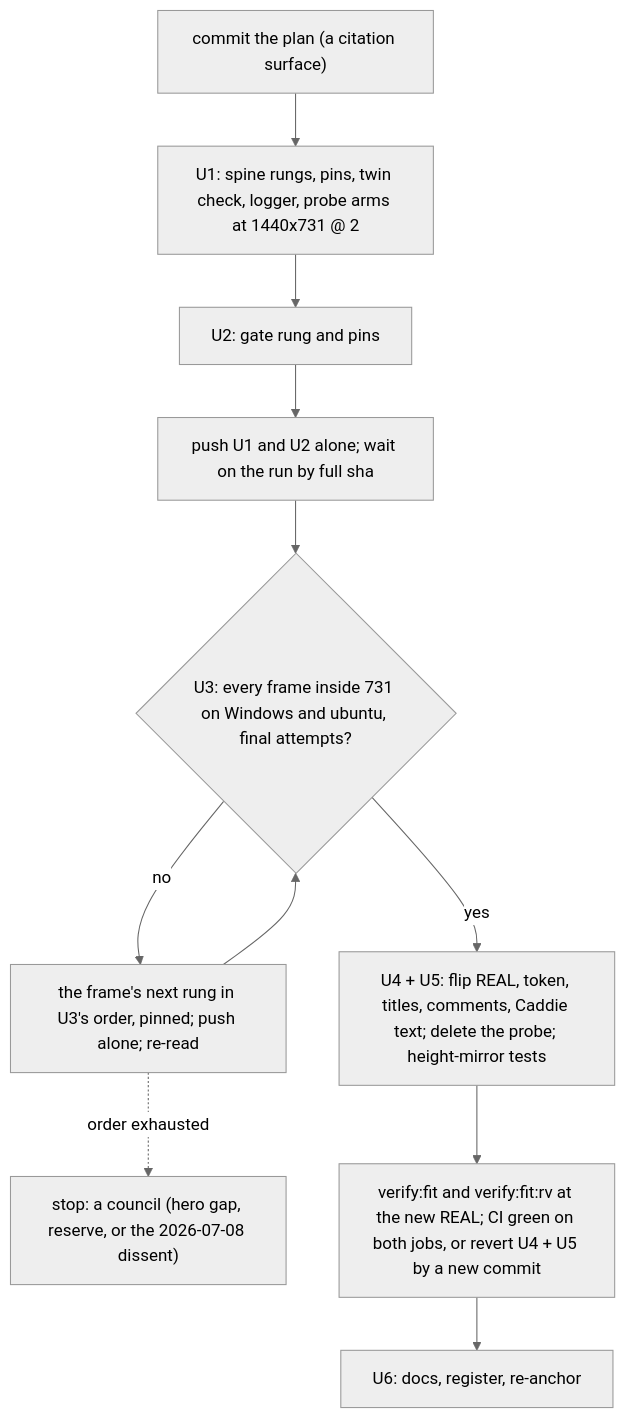
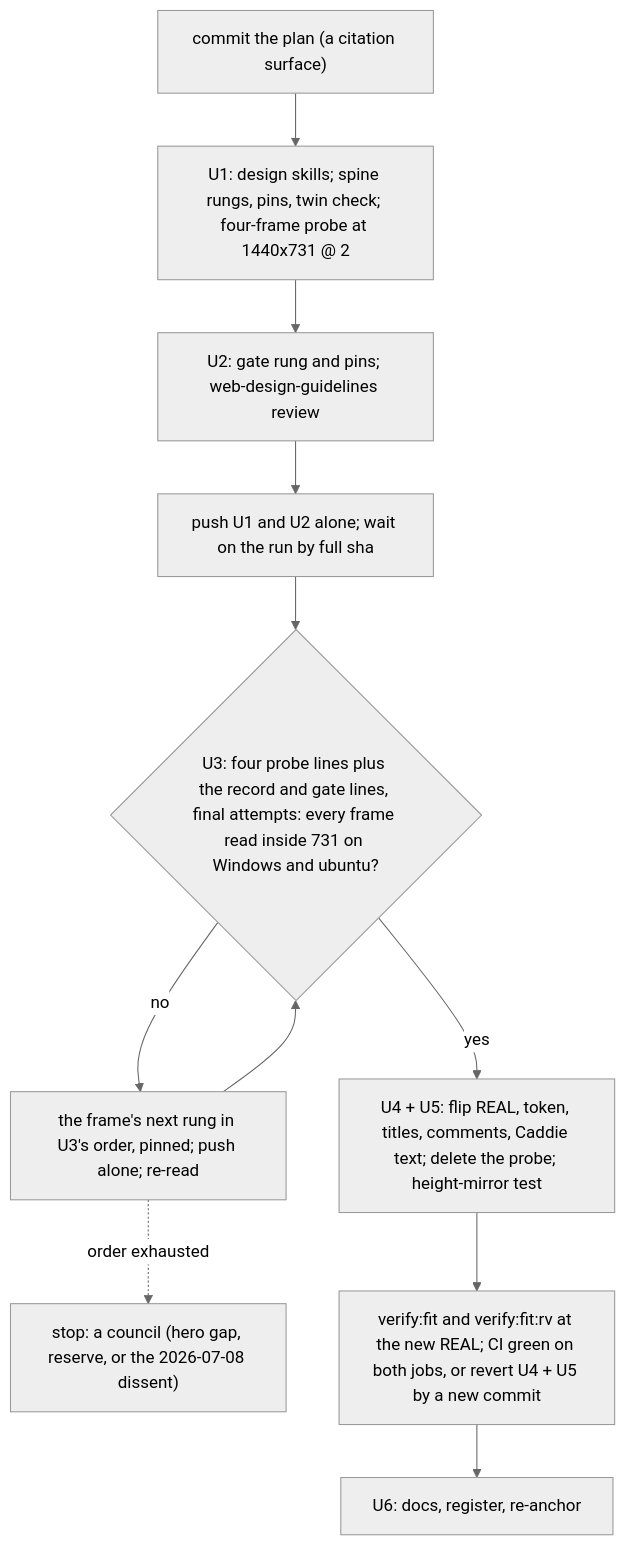
Before and after one commit to mbriggsy/ai-learning-journey: the diagram in projects/the-back-nine/docs/plans/features/viewport-1440x731-repoint-build-spec.md, drawn with Mermaid (neutral theme). The commit also changed other lines of this file, not shown here.

````diff
--- a/projects/the-back-nine/docs/plans/features/viewport-1440x731-repoint-build-spec.md
+++ b/projects/the-back-nine/docs/plans/features/viewport-1440x731-repoint-build-spec.md
@@ -127,13 +136,13 @@
 ```mermaid
 flowchart TB
-  P0["commit the plan (a citation surface)"] --> A["U1: spine rungs, pins, twin check, logger, probe arms at 1440x731 @ 2"]
-  A --> B["U2: gate rung and pins"]
+  P0["commit the plan (a citation surface)"] --> A["U1: design skills; spine rungs, pins, twin check; four-frame probe at 1440x731 @ 2"]
+  A --> B["U2: gate rung and pins; web-design-guidelines review"]
   B --> C["push U1 and U2 alone; wait on the run by full sha"]
-  C --> D{"U3: every frame inside 731 on Windows and ubuntu, final attempts?"}
-  D -- yes --> F["U4 + U5: flip REAL, token, titles, comments, Caddie text; delete the probe; height-mirror tests"]
+  C --> D{"U3: four probe lines plus the record and gate lines, final attempts: every frame read inside 731 on Windows and ubuntu?"}
+  D -- yes --> F["U4 + U5: flip REAL, token, titles, comments, Caddie text; delete the probe; height-mirror test"]
   D -- no --> E["the frame's next rung in U3's order, pinned; push alone; re-read"]
   E --> D
   E -. order exhausted .-> X["stop: a council (hero gap, reserve, or the 2026-07-08 dissent)"]
   F --> G["verify:fit and verify:fit:rv at the new REAL; CI green on both jobs, or revert U4 + U5 by a new commit"]
   G --> I["U6: docs, register, re-anchor"]
 ```
````
